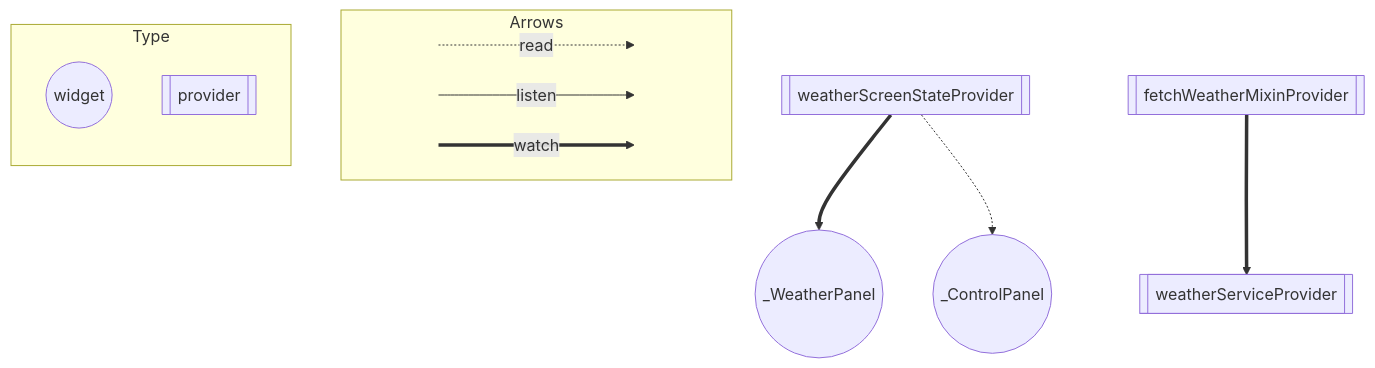
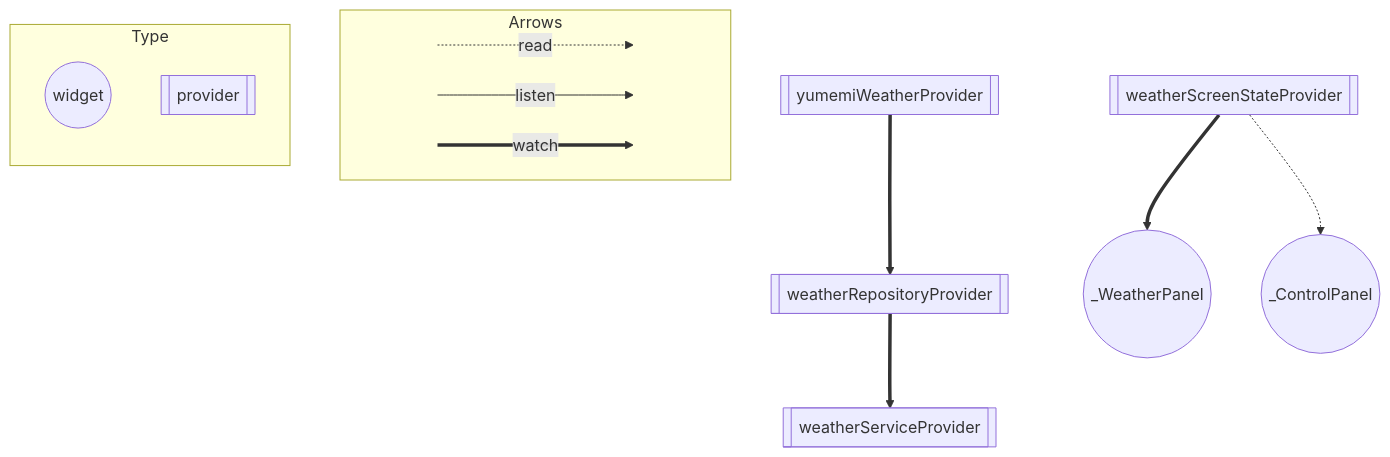
The diagram in ARCHITECTURE.md (yumemi-rnose/yumemi-flutter-training), drawn with Mermaid before and after one commit.

Commit message:
update: ARCHITECTURE.md

````diff
--- a/ARCHITECTURE.md
+++ b/ARCHITECTURE.md
@@ -3,30 +3,32 @@
 ```mermaid
 flowchart TB
   subgraph Arrows
     direction LR
     start1[ ] -..->|read| stop1[ ]
     style start1 height:0px;
     style stop1 height:0px;
     start2[ ] --->|listen| stop2[ ]
     style start2 height:0px;
     style stop2 height:0px;
     start3[ ] ===>|watch| stop3[ ]
     style start3 height:0px;
     style stop3 height:0px;
   end
   subgraph Type
     direction TB
     ConsumerWidget((widget));
     Provider[[provider]];
   end
 
   weatherScreenStateProvider[["weatherScreenStateProvider"]];
+  weatherRepositoryProvider[["weatherRepositoryProvider"]];
+  yumemiWeatherProvider[["yumemiWeatherProvider"]];
   weatherServiceProvider[["weatherServiceProvider"]];
-  fetchWeatherMixinProvider[["fetchWeatherMixinProvider"]];
   _WeatherPanel((_WeatherPanel));
   _ControlPanel((_ControlPanel));
 
   weatherScreenStateProvider ==> _WeatherPanel;
-  weatherScreenStateProvider -.->_ControlPanel;
-  fetchWeatherMixinProvider ==> weatherServiceProvider;
+  weatherScreenStateProvider -.-> _ControlPanel;
+  yumemiWeatherProvider ==> weatherRepositoryProvider;
+  weatherRepositoryProvider ==> weatherServiceProvider;
 ```
````
